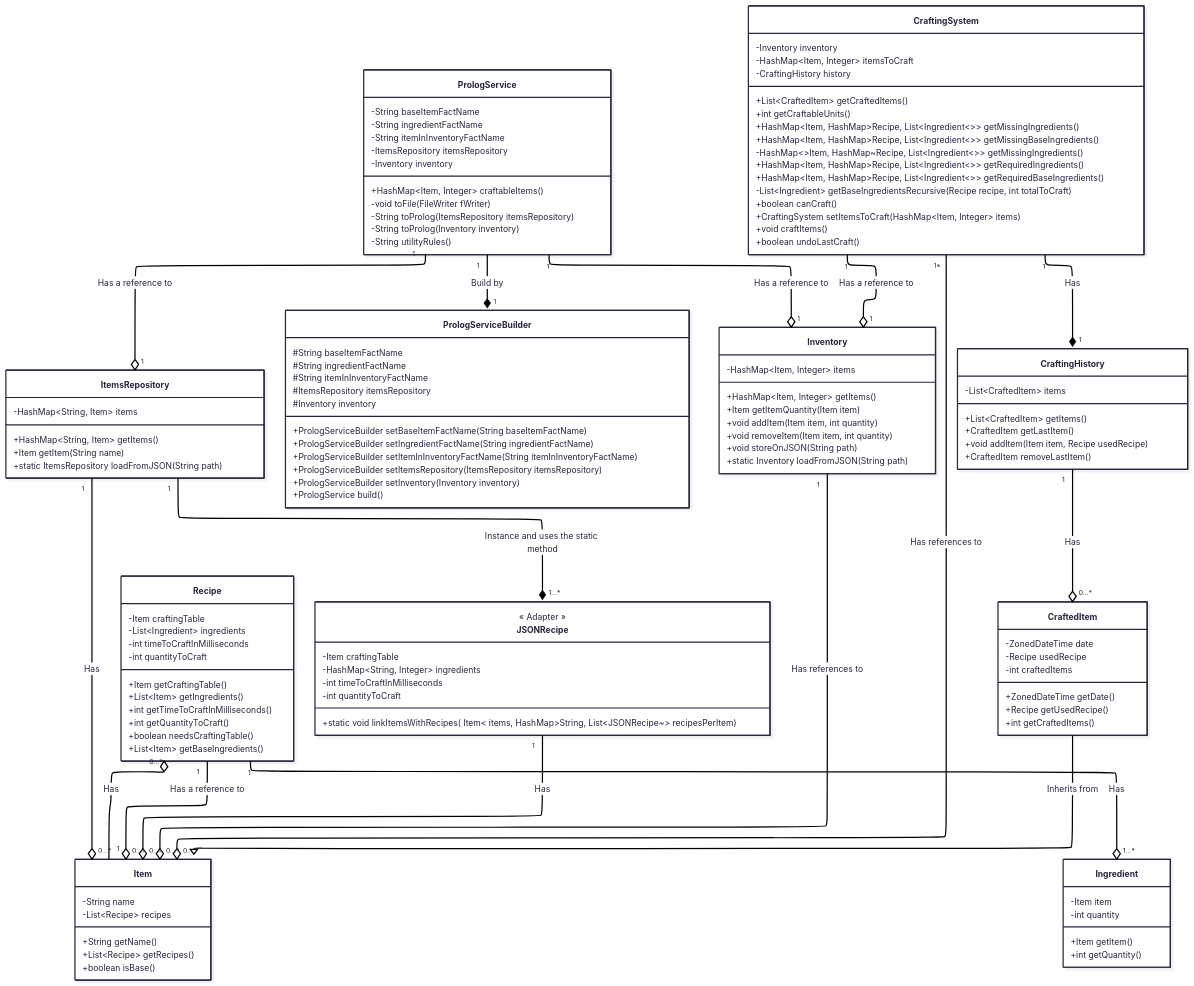
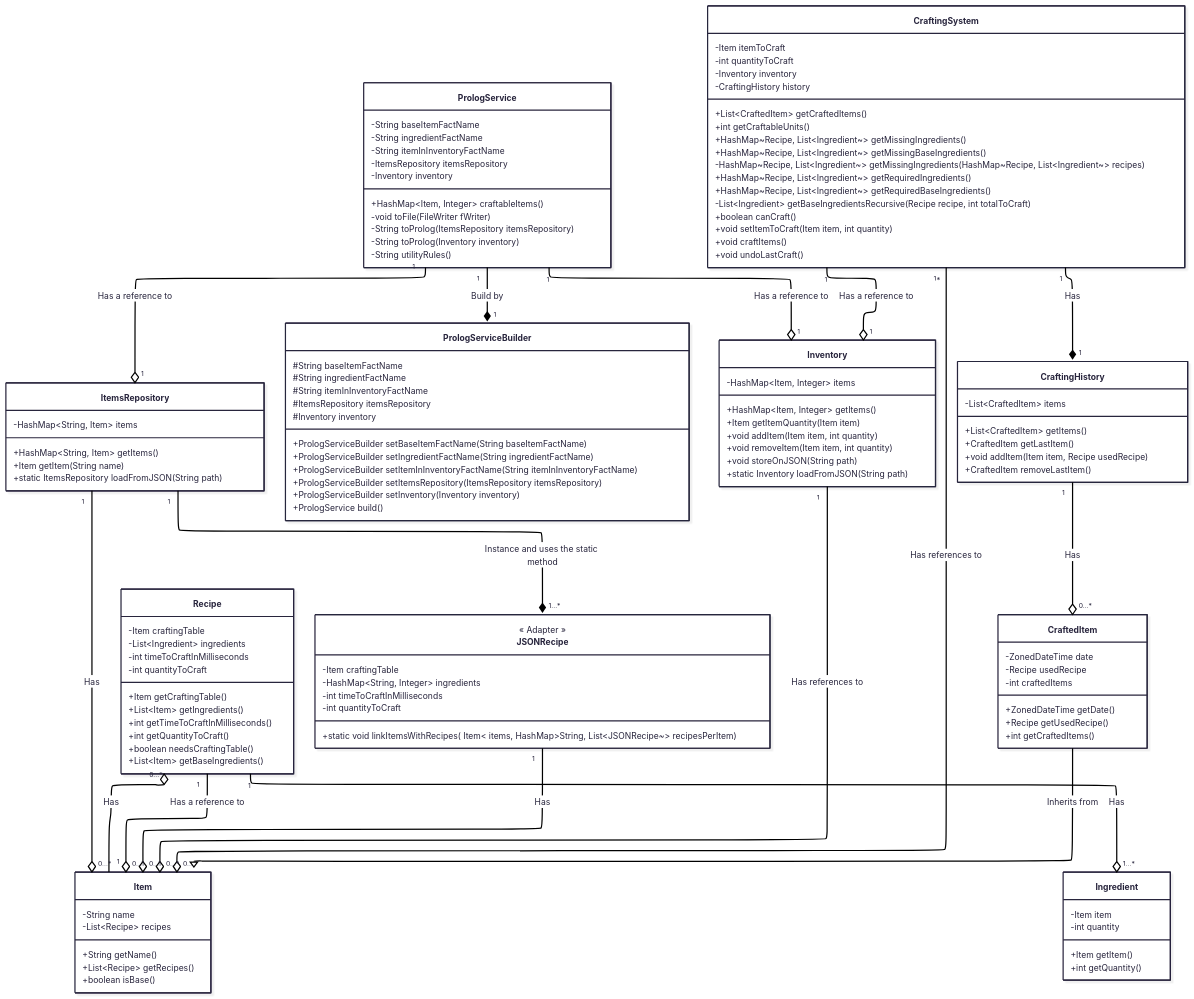
One commit to hozlucas28/Java-Practical-Work-2025 changed the first of 2 diagrams in README.md. Above: the diagram before and after it, drawn with Mermaid. The commit also changed 4 other files, not shown here.

First line of the commit message:
refactor(craftingSystem): change data type of `itemsToCraft`

```diff
--- a/README.md
+++ b/README.md
@@ -213,21 +213,22 @@
     }
 
     class CraftingSystem {
+	    -Item itemToCraft
+        -int quantityToCraft
 	    -Inventory inventory
-	    -HashMap~Item, Integer~ itemsToCraft
 	    -CraftingHistory history
         +List~CraftedItem~ getCraftedItems()
 	    +int getCraftableUnits()
-        +HashMap~Item, HashMap~Recipe, List~Ingredient~~~ getMissingIngredients()
-        +HashMap~Item, HashMap~Recipe, List~Ingredient~~~ getMissingBaseIngredients()
-        -HashMap~~Item, HashMap~Recipe, List~Ingredient~~~ getMissingIngredients()
-	    +HashMap~Item, HashMap~Recipe, List~Ingredient~~~ getRequiredIngredients()
-        +HashMap~Item, HashMap~Recipe, List~Ingredient~~~ getRequiredBaseIngredients()
+        +HashMap~Recipe, List~Ingredient~~ getMissingIngredients()
+        +HashMap~Recipe, List~Ingredient~~ getMissingBaseIngredients()
+        -HashMap~Recipe, List~Ingredient~~ getMissingIngredients(HashMap~Recipe, List~Ingredient~~ recipes)
+	    +HashMap~Recipe, List~Ingredient~~ getRequiredIngredients()
+        +HashMap~Recipe, List~Ingredient~~ getRequiredBaseIngredients()
         -List~Ingredient~ getBaseIngredientsRecursive(Recipe recipe, int totalToCraft)
 	    +boolean canCraft()
-	    +CraftingSystem setItemsToCraft(HashMap~Item, Integer~ items)
+	    +void setItemToCraft(Item item, int quantity)
 	    +void craftItems()
-	    +boolean undoLastCraft()
+	    +void undoLastCraft()
     }
 
     class CraftingHistory {
```
